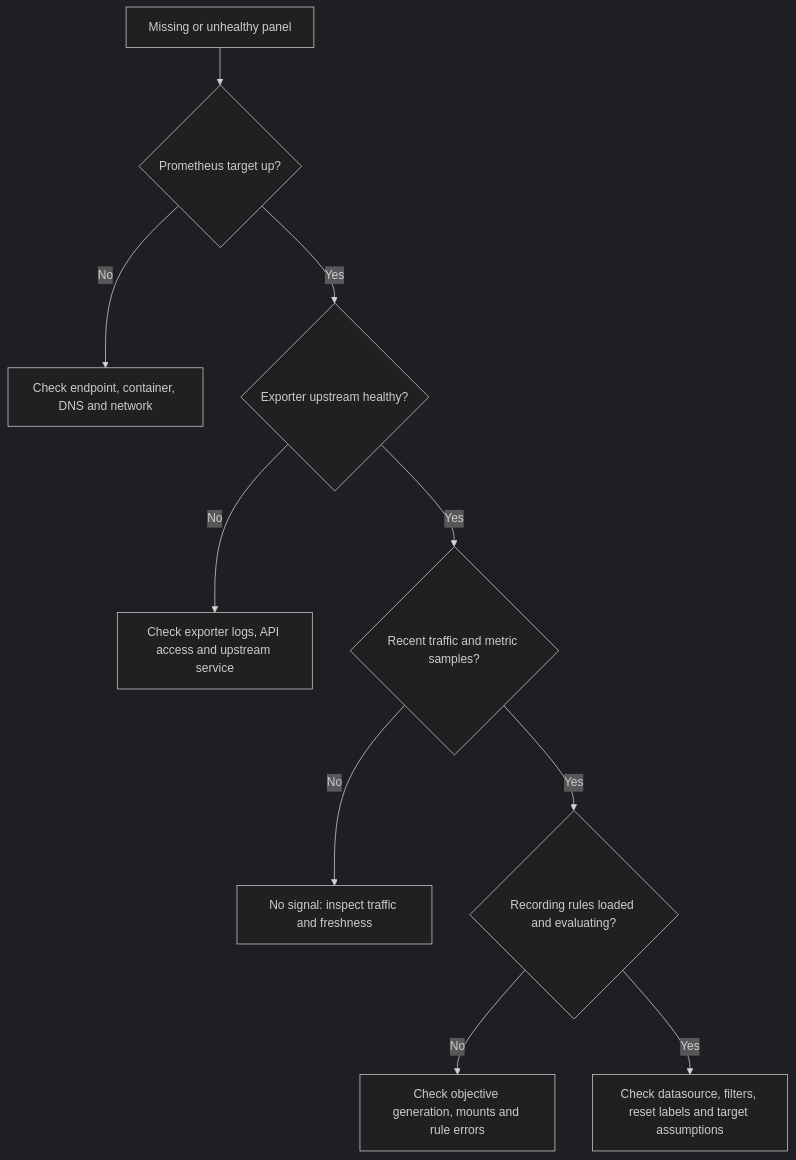
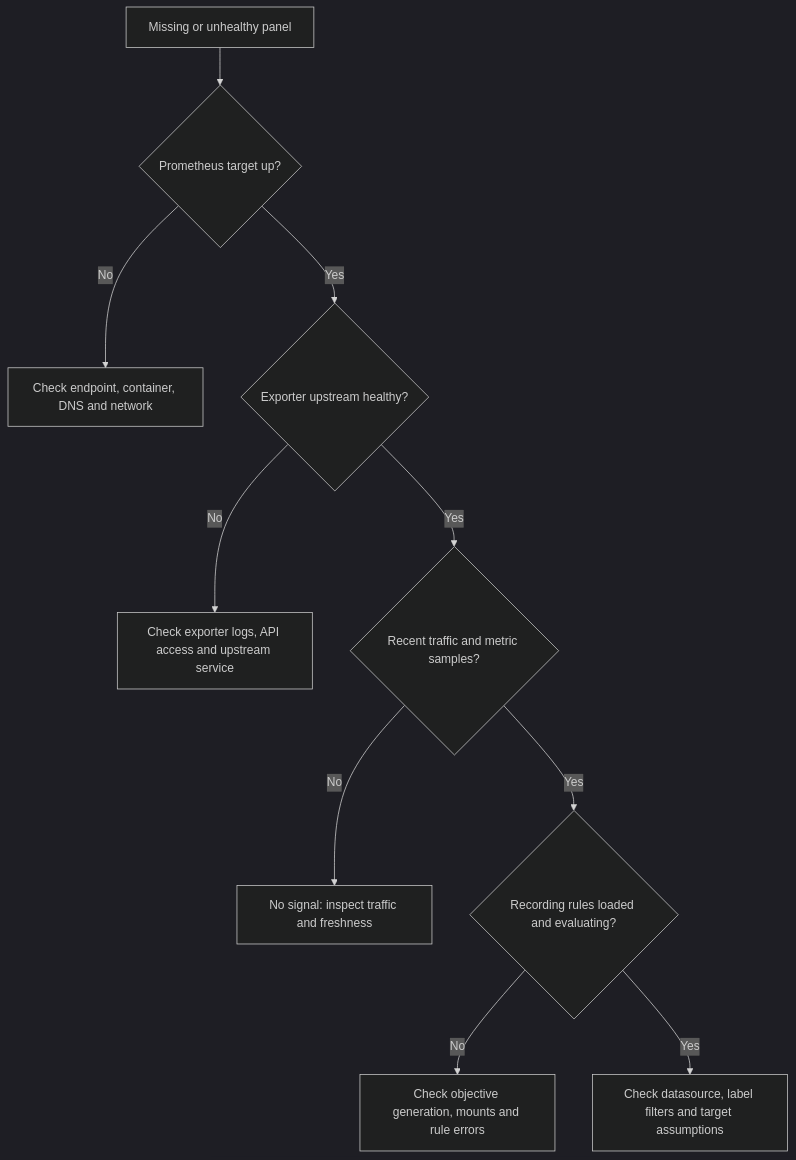
One commit to allistera/Cookie-Docs changed the third of 3 diagrams in docs/06-observability.mdx. Above: the diagram before and after it, drawn with Mermaid (dark theme). The commit also changed other lines of this file and 2 other files, not shown here.

````diff
--- a/docs/06-observability.mdx
+++ b/docs/06-observability.mdx
@@ -152,12 +150,12 @@
 ```mermaid
 flowchart TD
   Start[Missing or unhealthy panel] --> Scrape{Prometheus target up?}
   Scrape -->|No| Network[Check endpoint, container, DNS and network]
   Scrape -->|Yes| Export{Exporter upstream healthy?}
   Export -->|No| Upstream[Check exporter logs, API access and upstream service]
   Export -->|Yes| Traffic{Recent traffic and metric samples?}
   Traffic -->|No| Unknown[No signal: inspect traffic and freshness]
   Traffic -->|Yes| Rules{Recording rules loaded and evaluating?}
   Rules -->|No| Config[Check objective generation, mounts and rule errors]
-  Rules -->|Yes| Panel[Check datasource, filters, reset labels and target assumptions]
+  Rules -->|Yes| Panel[Check datasource, label filters and target assumptions]
 ```
````
